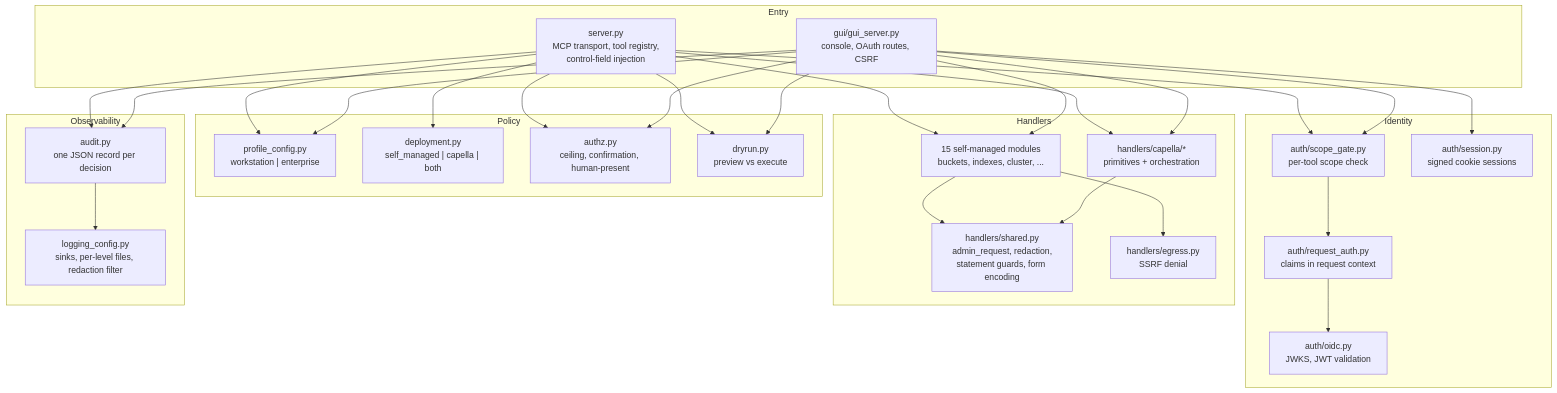
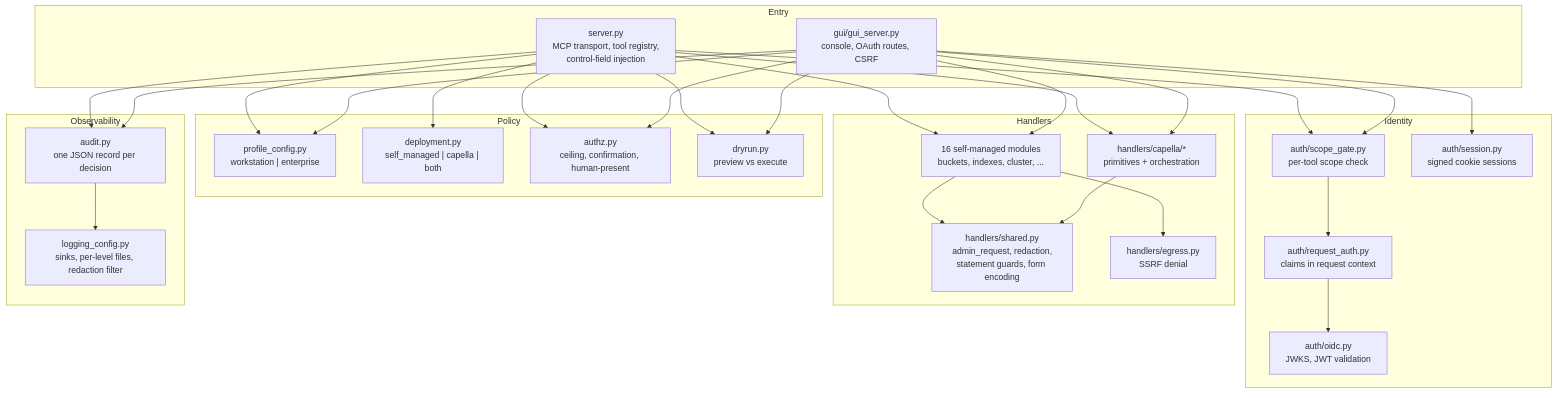
Before and after one commit to Couchbase-Ecosystem/couchbase_admin_mcp_server: the second of 6 diagrams in docs/ARCHITECTURE.md, drawn with Mermaid. The commit also changed other lines of this file and 36 other files, not shown here.

````diff
--- a/docs/ARCHITECTURE.md
+++ b/docs/ARCHITECTURE.md
@@ -118,43 +118,43 @@
 ```mermaid
 graph TD
   subgraph Entry
     S["server.py<br/>MCP transport, tool registry,<br/>control-field injection"]
     G["gui/gui_server.py<br/>console, OAuth routes, CSRF"]
   end
 
   subgraph Policy
     PC["profile_config.py<br/>workstation | enterprise"]
     DP["deployment.py<br/>self_managed | capella | both"]
     AZ["authz.py<br/>ceiling, confirmation, human-present"]
     DR["dryrun.py<br/>preview vs execute"]
   end
 
   subgraph Identity
     OI["auth/oidc.py<br/>JWKS, JWT validation"]
     RA["auth/request_auth.py<br/>claims in request context"]
     SG["auth/scope_gate.py<br/>per-tool scope check"]
     SE["auth/session.py<br/>signed cookie sessions"]
   end
 
   subgraph Handlers
     SH["handlers/shared.py<br/>admin_request, redaction,<br/>statement guards, form encoding"]
     EG["handlers/egress.py<br/>SSRF denial"]
-    SM["15 self-managed modules<br/>buckets, indexes, cluster, ..."]
+    SM["16 self-managed modules<br/>buckets, indexes, cluster, ..."]
     CP["handlers/capella/*<br/>primitives + orchestration"]
   end
 
   subgraph Observability
     AU["audit.py<br/>one JSON record per decision"]
     LC["logging_config.py<br/>sinks, per-level files, redaction filter"]
   end
 
   S --> PC & DP & AZ & DR & SG
   G --> PC & AZ & DR & SE & SG
   SG --> RA --> OI
   S --> SM & CP
   G --> SM & CP
   SM --> SH & EG
   CP --> SH
   S --> AU --> LC
   G --> AU
 ```
````
